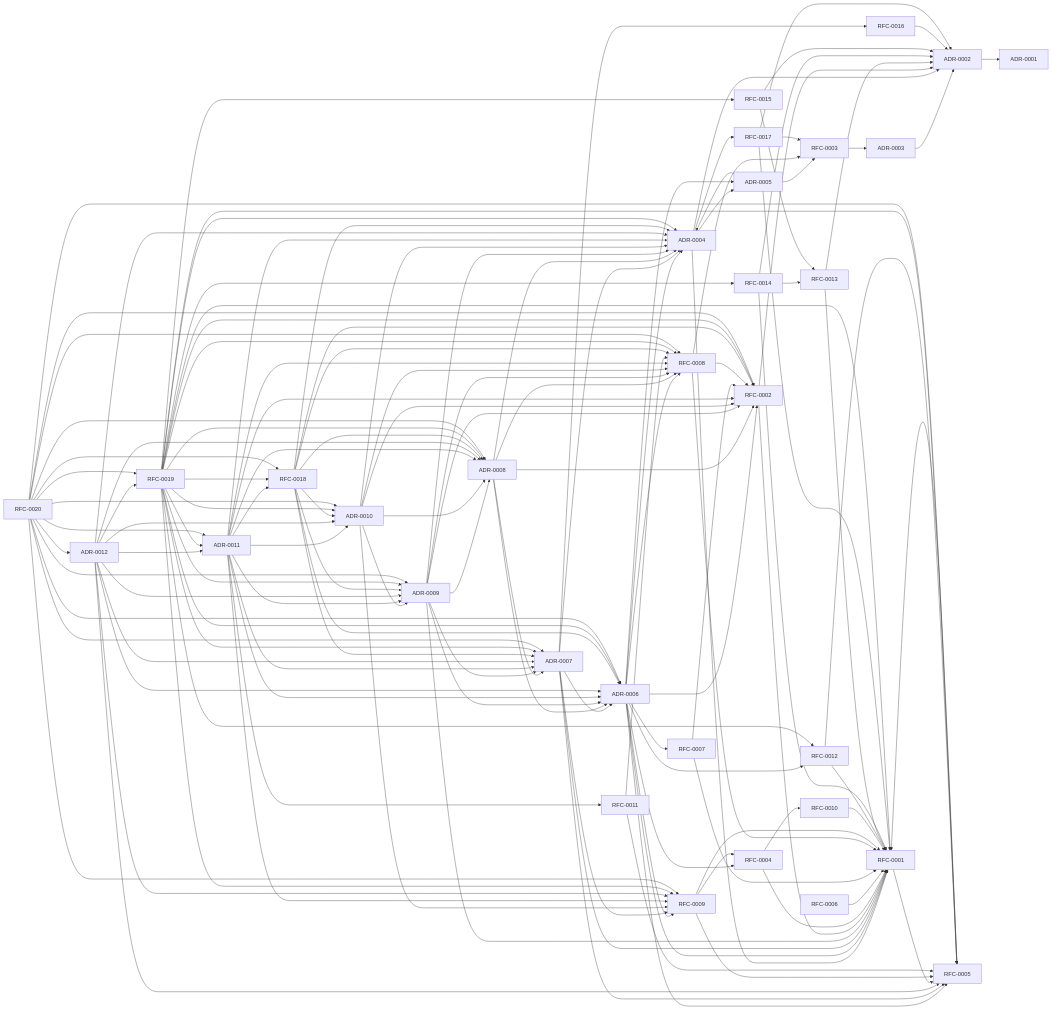
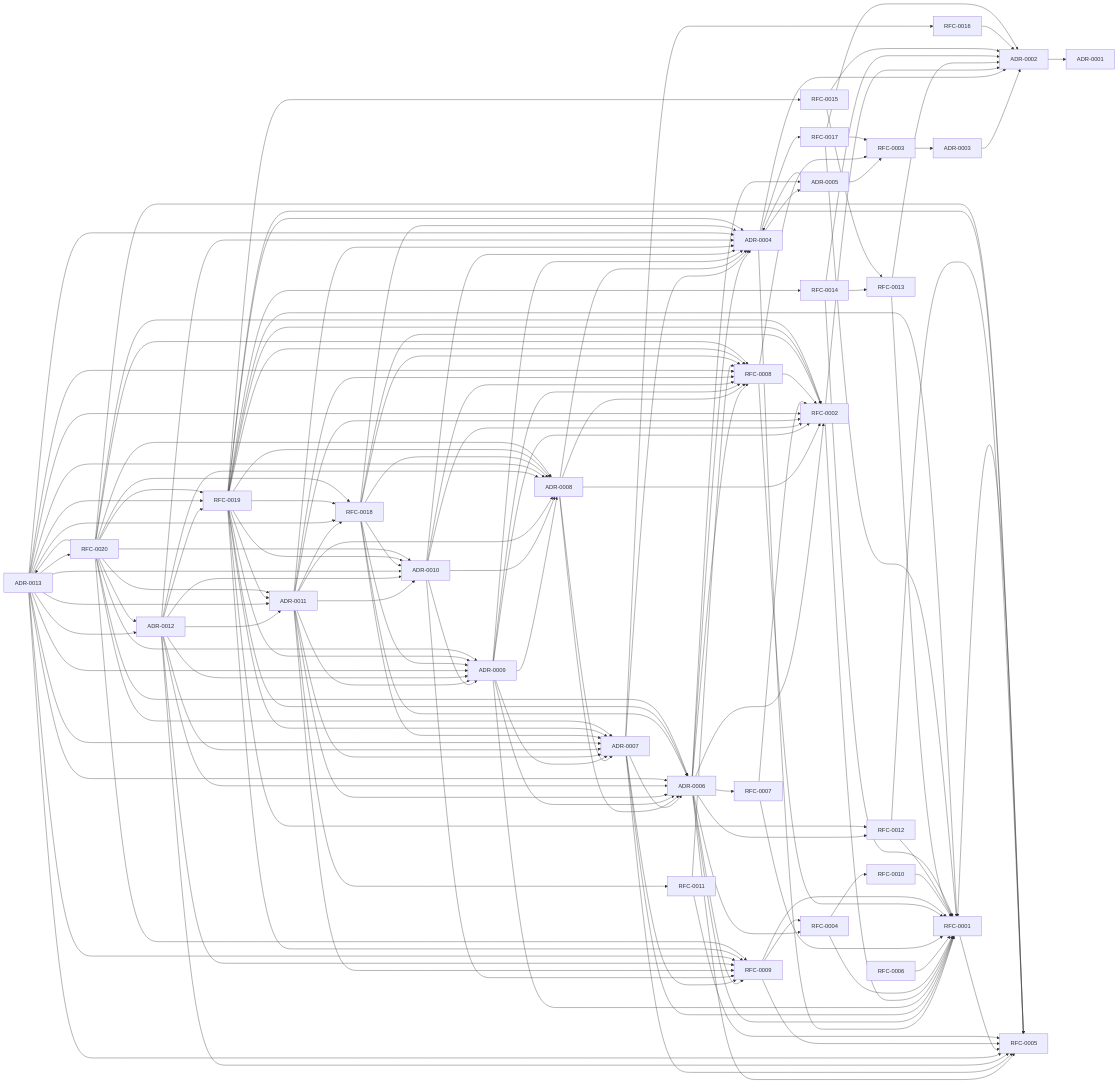
The diagram in docs/derived/DOCUMENT_GRAPH.md (brilliantgibrann16/frontier-creative-os), drawn with Mermaid before and after one commit. The commit also changed other lines of this file and 4 other files, not shown here.

```diff
--- a/docs/derived/DOCUMENT_GRAPH.md
+++ b/docs/derived/DOCUMENT_GRAPH.md
@@ -90,6 +91,7 @@
   ADR0010["ADR-0010"]
   ADR0011["ADR-0011"]
   ADR0012["ADR-0012"]
+  ADR0013["ADR-0013"]
   RFC0001["RFC-0001"]
   RFC0002["RFC-0002"]
   RFC0003["RFC-0003"]
@@ -173,6 +175,21 @@
   ADR0012 --> RFC0005
   ADR0012 --> RFC0009
   ADR0012 --> RFC0019
+  ADR0013 --> ADR0004
+  ADR0013 --> ADR0006
+  ADR0013 --> ADR0007
+  ADR0013 --> ADR0008
+  ADR0013 --> ADR0009
+  ADR0013 --> ADR0010
+  ADR0013 --> ADR0011
+  ADR0013 --> ADR0012
+  ADR0013 --> RFC0002
+  ADR0013 --> RFC0005
+  ADR0013 --> RFC0008
+  ADR0013 --> RFC0009
+  ADR0013 --> RFC0018
+  ADR0013 --> RFC0019
+  ADR0013 --> RFC0020
   RFC0001 --> RFC0005
   RFC0002 --> ADR0002
   RFC0002 --> RFC0001
@@ -236,6 +253,7 @@
   RFC0020 --> ADR0010
   RFC0020 --> ADR0011
   RFC0020 --> ADR0012
+  RFC0020 --> ADR0013
   RFC0020 --> RFC0002
   RFC0020 --> RFC0005
   RFC0020 --> RFC0008
```
